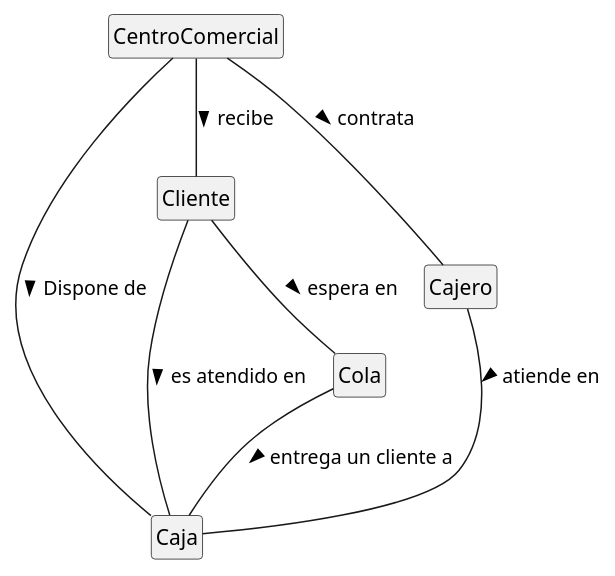
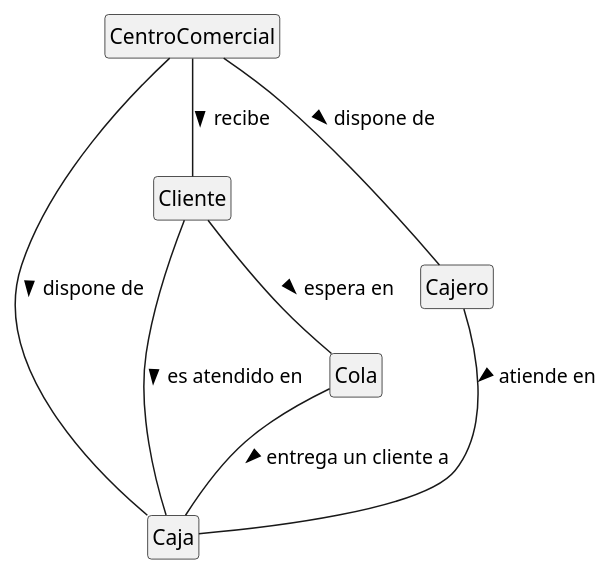
One commit to mmasias/pyCCCF changed the diagram in modelosUML/MdD.dc.puml. Above: the diagram before and after it, drawn with PlantUML.

Commit message:
fix vocabulario

```diff
--- a/modelosUML/MdD.dc.puml
+++ b/modelosUML/MdD.dc.puml
@@ -1,17 +1,17 @@
 hide circle
 hide stereotype
 hide empty members
 
-CentroComercial -- Caja:> Dispone de
+CentroComercial -- Caja:> dispone de
 CentroComercial -- Cliente:> recibe
-CentroComercial -- Cajero:> contrata
+CentroComercial -- Cajero:> dispone de
 
 'Cajero -u-|> Persona
 'Cliente -u-|> Persona
 
 Cajero -- Caja:> atiende en
 
 Cliente -- Cola:> espera en
 
 Cola -- Caja:> entrega un cliente a
 Cliente -- Caja:> es atendido en
```
